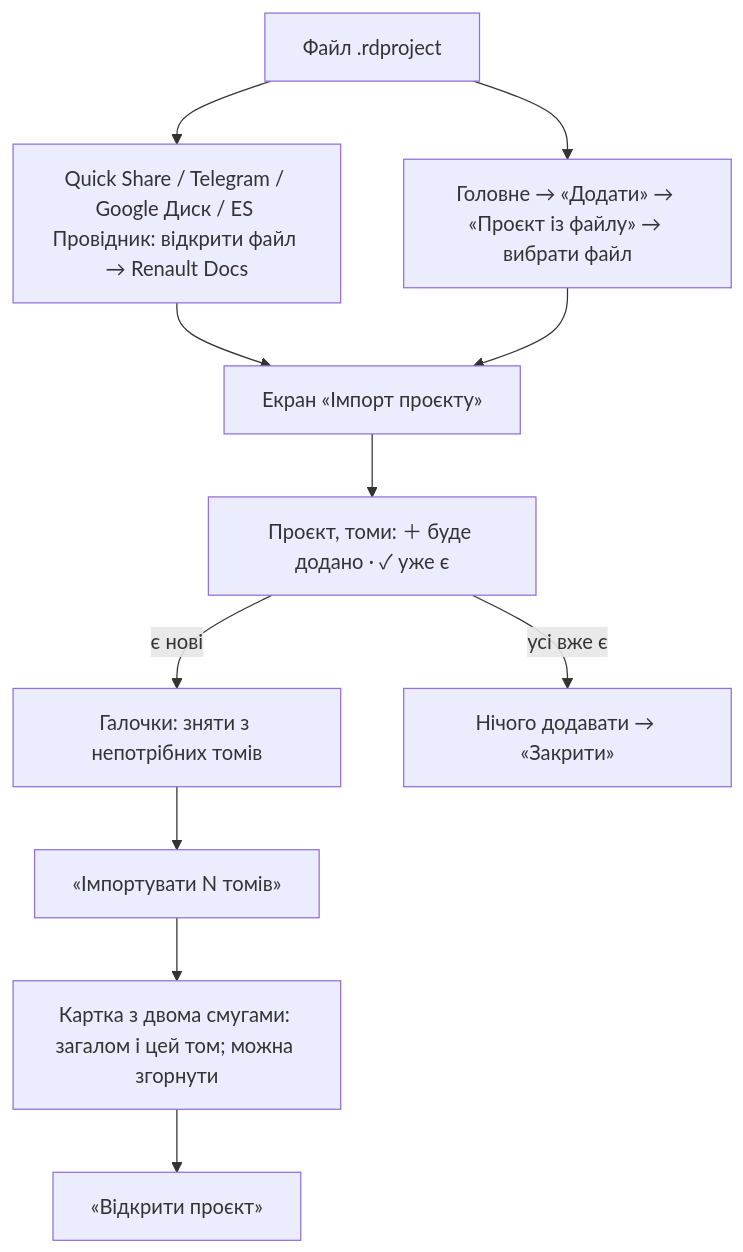
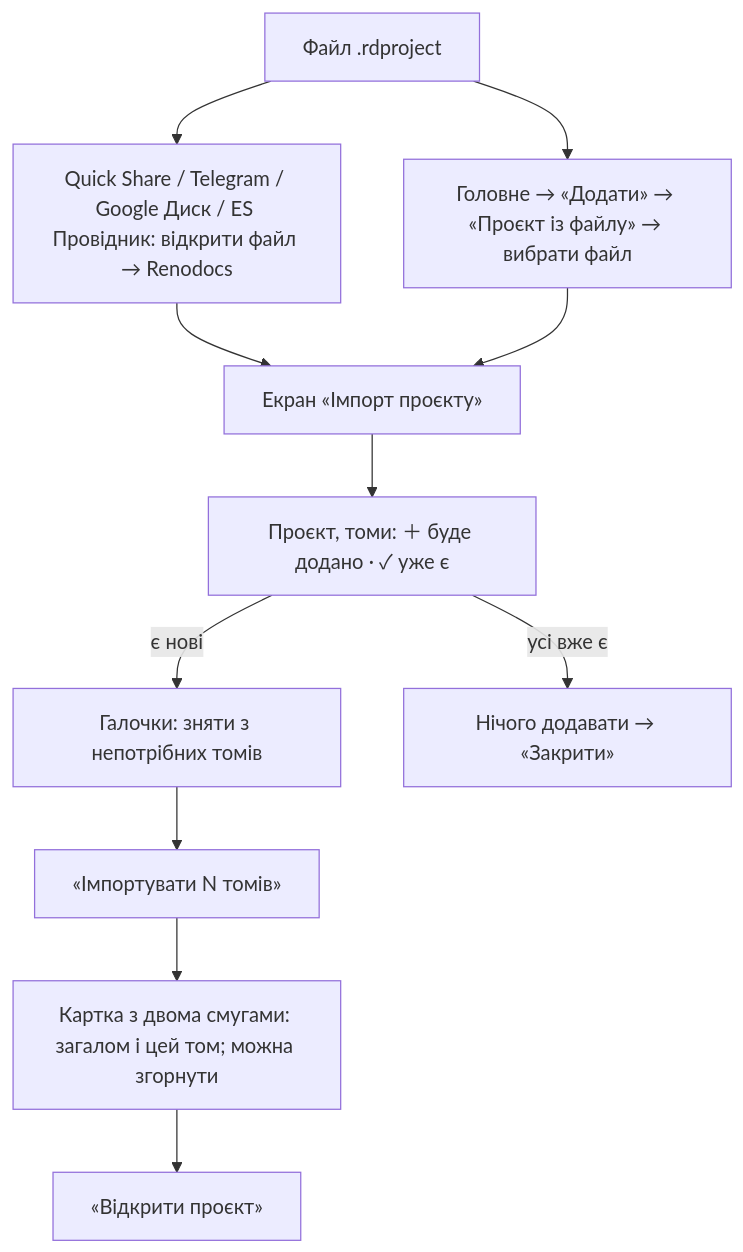
One commit to faric-ua/renault-docs-android changed the fifth of 12 diagrams in docs/ua/USER_GUIDE.md. Above: the diagram before and after it, drawn with Mermaid. The commit also changed other lines of this file and 48 other files, not shown here.

First line of the commit message:
feat: Renodocs 0.6.0 — separate app (com.saney.renodocs) beside Renault Docs 0.5.153 (#434)

````diff
--- a/docs/ua/USER_GUIDE.md
+++ b/docs/ua/USER_GUIDE.md
@@ -129,13 +129,13 @@
 ```mermaid
 flowchart TD
-    F["Файл .rdproject"] --> T["Quick Share / Telegram / Google Диск / ES Провідник: відкрити файл → Renault Docs"]
+    F["Файл .rdproject"] --> T["Quick Share / Telegram / Google Диск / ES Провідник: відкрити файл → Renodocs"]
     F --> H["Головне → «Додати» → «Проєкт із файлу» → вибрати файл"]
     T --> P["Екран «Імпорт проєкту»"]
     H --> P
     P --> L["Проєкт, томи: ＋ буде додано · ✓ уже є"]
     L -->|"є нові"| G["Галочки: зняти з непотрібних томів"]
     G --> B["«Імпортувати N томів»"]
     L -->|"усі вже є"| N["Нічого додавати → «Закрити»"]
     B --> K["Картка з двома смугами: загалом і цей том; можна згорнути"]
     K --> OK["«Відкрити проєкт»"]
 ```
````
